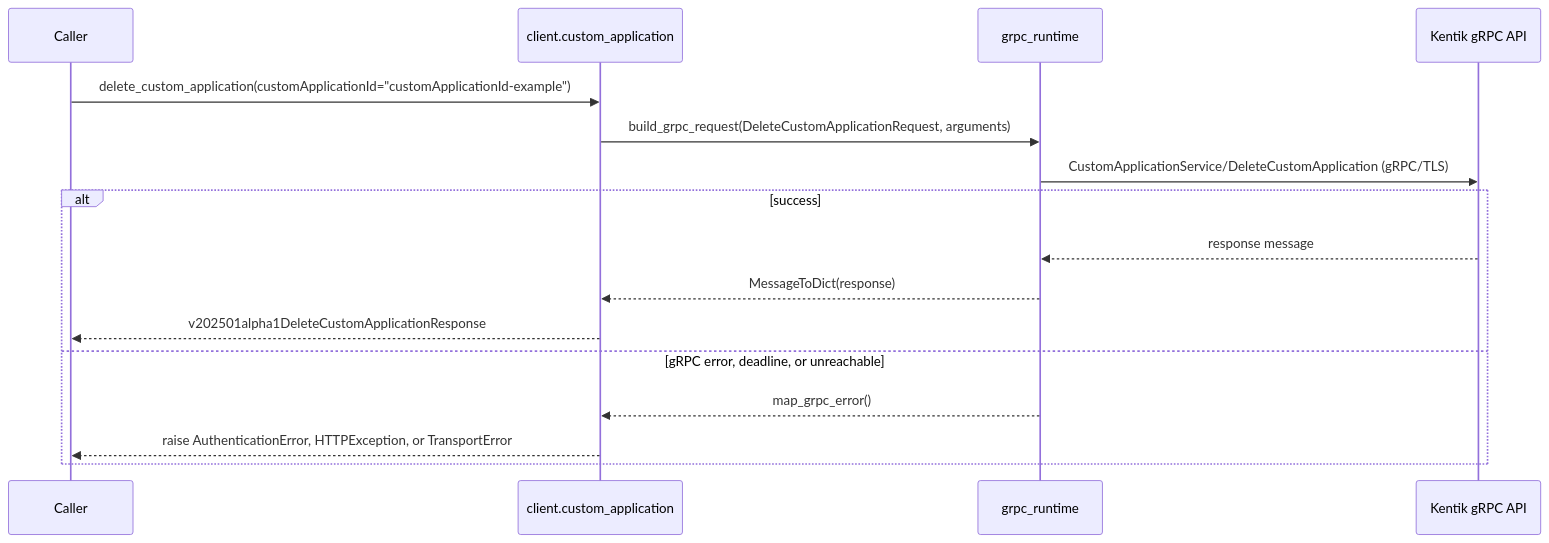
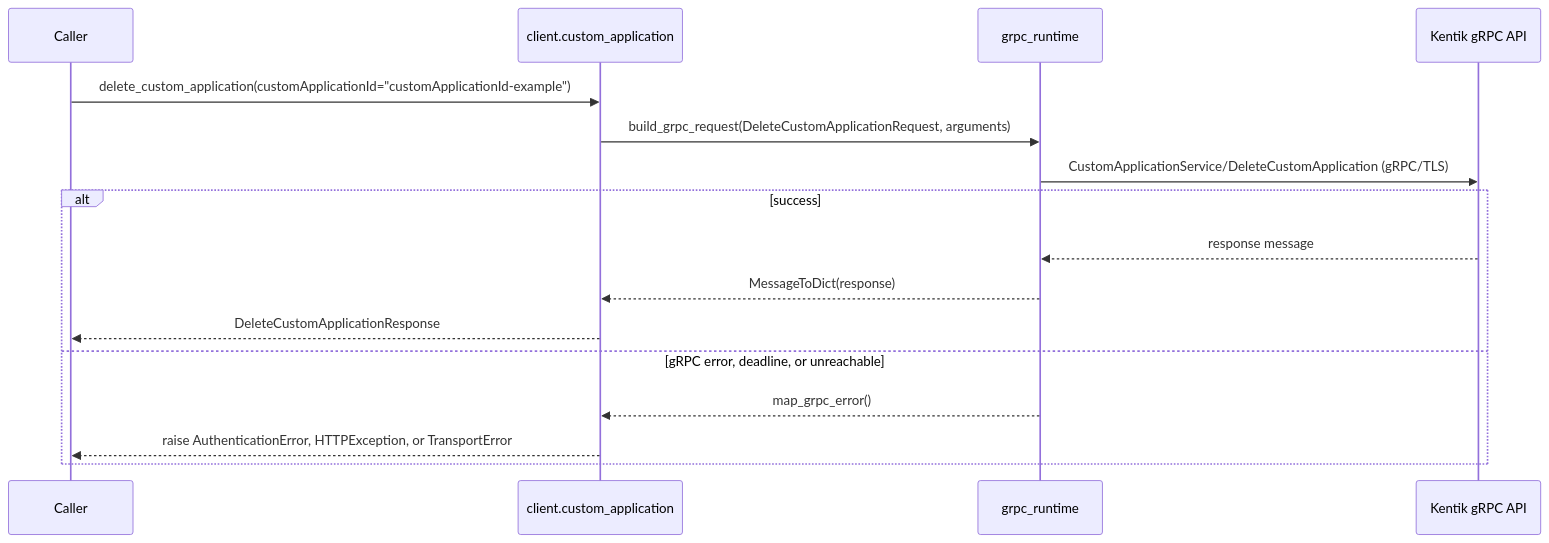
Before and after one commit to alexdearaujo/community_sdk_python: diagram 11 of 12 in docs/sphinx/services/custom_application.md, drawn with Mermaid. The commit also changed other lines of this file and 38 other files, not shown here.

````diff
--- a/docs/sphinx/services/custom_application.md
+++ b/docs/sphinx/services/custom_application.md
@@ -357,19 +357,19 @@
 ```mermaid
 sequenceDiagram
     participant C as Caller
     participant W as client.custom_application
     participant R as grpc_runtime
     participant API as Kentik gRPC API
 
     C->>W: delete_custom_application(customApplicationId="customApplicationId-example")
     W->>R: build_grpc_request(DeleteCustomApplicationRequest, arguments)
     R->>API: CustomApplicationService/DeleteCustomApplication (gRPC/TLS)
     alt success
         API-->>R: response message
         R-->>W: MessageToDict(response)
-        W-->>C: v202501alpha1DeleteCustomApplicationResponse
+        W-->>C: DeleteCustomApplicationResponse
     else gRPC error, deadline, or unreachable
         R-->>W: map_grpc_error()
         W-->>C: raise AuthenticationError, HTTPException, or TransportError
     end
 ```
````
